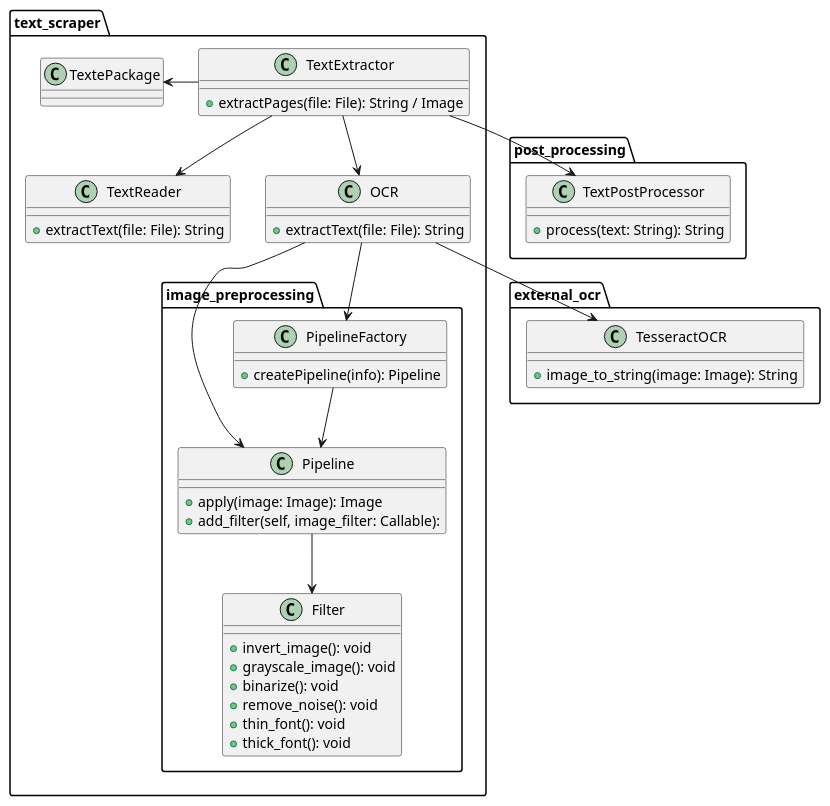
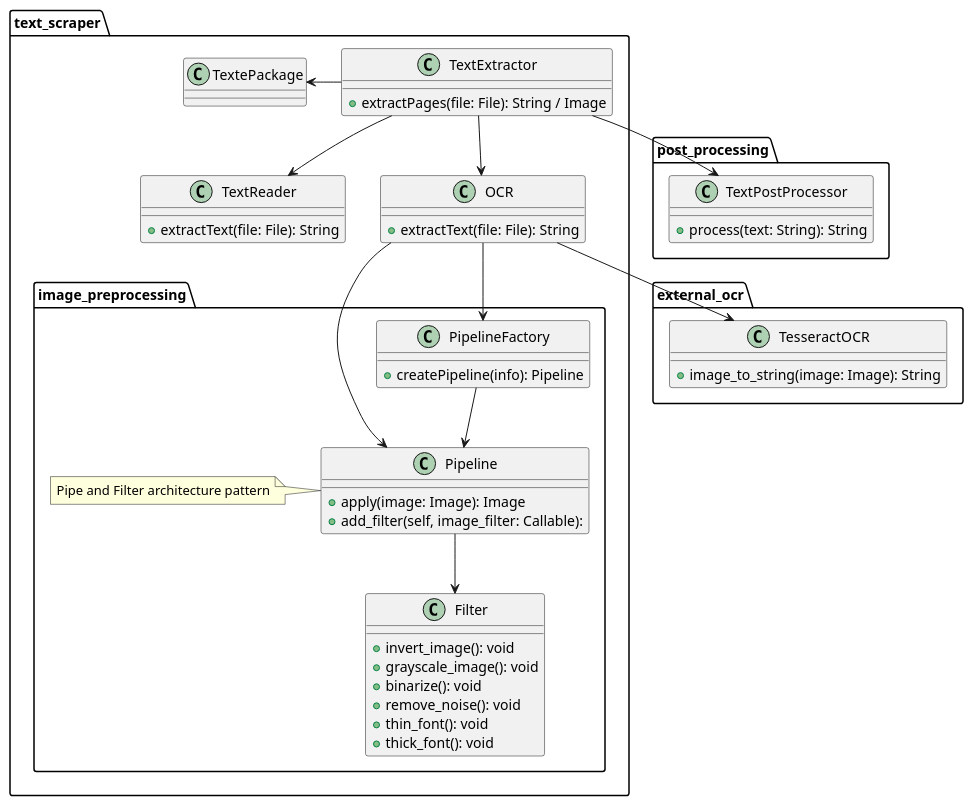
The diagram in docs/diagrams/text_scraper.puml (tutorai-no/tutor-service), drawn with PlantUML before and after one commit.

Commit message:
refactor: add note on scraper uml explaining that it is pipe and filter architecture

```diff
--- a/docs/diagrams/text_scraper.puml
+++ b/docs/diagrams/text_scraper.puml
@@ -1,78 +1,80 @@
 @startuml
 
 package text_scraper {
 
     class TextExtractor {
         + extractPages(file: File): String / Image
     }
 
     class TextReader {
         + extractText(file: File): String
     }
 
     class OCR {
         + extractText(file: File): String
     }
 
 
     class TextePackage{
     
     }
 
 
     
-
     package image_preprocessing {
         class Pipeline {
             + apply(image: Image): Image
             + add_filter(self, image_filter: Callable):
         }
+        note left of Pipeline: Pipe and Filter architecture pattern
+
 
         class PipelineFactory {
             + createPipeline(info): Pipeline
         }
 
         class Filter {
             + invert_image(): void 
             + grayscale_image(): void
             + binarize(): void
             + remove_noise(): void
             + thin_font(): void
             + thick_font(): void
 
         }
     }
     
     OCR --> PipelineFactory
     OCR --> Pipeline
     PipelineFactory --> Pipeline
 
 }
 
 package external_ocr {
 
     class TesseractOCR {
         + image_to_string(image: Image): String
     }
 }
 
 package post_processing {
 
     class TextPostProcessor {
         + process(text: String): String
     }
+
 }
 
 
     
 
 
 TextExtractor --> OCR
 TextExtractor --> TextReader
 TextExtractor --> TextPostProcessor
 OCR --> TesseractOCR
 Pipeline --> Filter
 TextExtractor -left-> TextePackage
 
 
 @enduml
```
